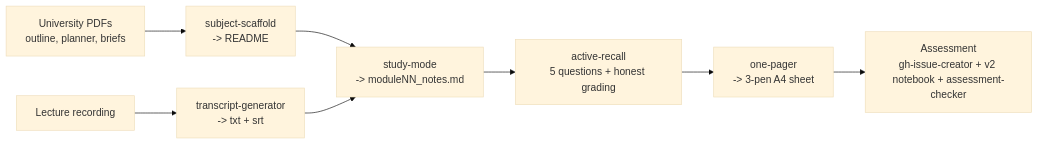
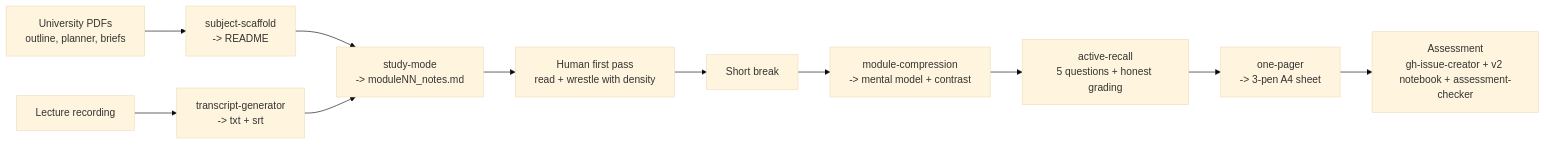
Before and after one commit to lfariabr/luisfaria.dev: the second of 4 diagrams in _docs/buildInPublic/devTo/2026_06_30_agentic-study-pipeline.md, drawn with Mermaid (base theme). The commit also changed other lines of this file, not shown here.

````diff
--- a/_docs/buildInPublic/devTo/2026_06_30_agentic-study-pipeline.md
+++ b/_docs/buildInPublic/devTo/2026_06_30_agentic-study-pipeline.md
@@ -49,10 +68,13 @@
 ```mermaid
 flowchart LR
     PDF["University PDFs<br/>outline, planner, briefs"] --> S1["subject-scaffold<br/>-> README"]
     LEC["Lecture recording"] --> TG["transcript-generator<br/>-> txt + srt"]
     S1 --> S2["study-mode<br/>-> moduleNN_notes.md"]
     TG --> S2
-    S2 --> S3["active-recall<br/>5 questions + honest grading"]
-    S3 --> S4["one-pager<br/>-> 3-pen A4 sheet"]
-    S4 --> S5["Assessment<br/>gh-issue-creator + v2 notebook + assessment-checker"]
+    S2 --> H1["Human first pass<br/>read + wrestle with density"]
+    H1 --> BR["Short break"]
+    BR --> S3["module-compression<br/>-> mental model + contrast"]
+    S3 --> S4["active-recall<br/>5 questions + honest grading"]
+    S4 --> S5["one-pager<br/>-> 3-pen A4 sheet"]
+    S5 --> S6["Assessment<br/>gh-issue-creator + v2 notebook + assessment-checker"]
 ```
````
